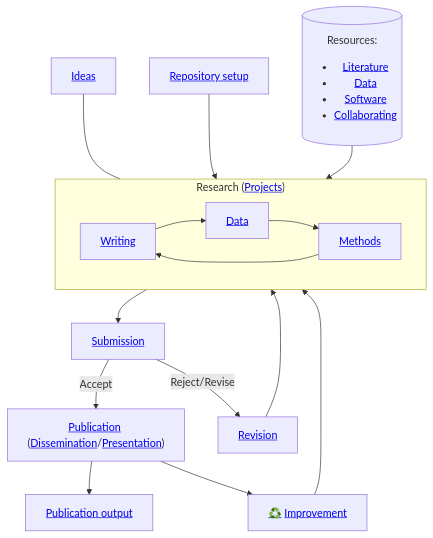
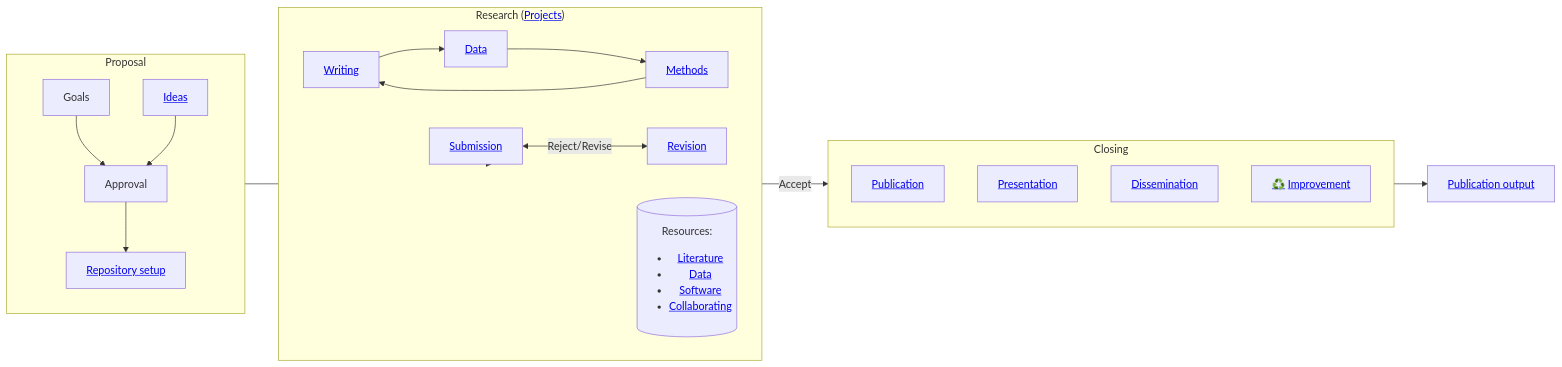
One commit to digital-work-lab/handbook changed the diagram in docs/20-research/index.md. Above: the diagram before and after it, drawn with Mermaid.

````diff
--- a/docs/20-research/index.md
+++ b/docs/20-research/index.md
@@ -14,20 +14,30 @@
 ```mermaid
-flowchart TB
-    Ideas["<a href='20_processes/20.09.ideas.html'>Ideas</a>"] --- Research
+flowchart LR
+
+    Research --> Submission["<a href='20_processes/20.30.pre-submission.html'>Submission</a>"]
+    subgraph Closing
+        direction TB
+        Publication["<a href='20_processes/20.33.publication.html'>Publication</a>"]
+        Presentation["<a href='20_processes/20.28.presentation.html'>Presentation</a>"]
+        Dissemination["<a href='20_processes/20.34.dissemination.html'>Dissemination</a>"]
+        Improvement["<a href='../10-lab/10_processes/10.01.goals.html'>♻️</a> <a href='20_processes/20.35.improvement.html'>Improvement</a>"]
+    end
+    Publication --> PublicationOutput["<a href='29-publications.html'>Publication output</a>"]
     subgraph Research["Research (<a href='25-projects.html'>Projects</a>)"]
+        direction LR
+        Resources[("Resources:<br><ul><li><a href='22-literature.html'>Literature</a></li><li><a href='23-data.html'>Data</a></li><li><a href='24-software.html'>Software</a></li><li><a href='20_processes/20.16.collaboration.html'>Collaborating</a></li></ul>")]
         Writing["<a href='20_processes/20.29.writing.html'>Writing</a>"] --> Data
         Methods["<a href='20_processes/20.18.methods.html'>Methods</a>"] --> Writing
         Data["<a href='20_processes/20.17.data.html'>Data</a>"] --> Methods
+        Submission <-->|Reject/Revise| Revise["<a href='20_processes/20.32.revision.html'>Revision</a>"]
     end
+    Submission -->|Accept| Closing
 
-    Setup["<a href='20_processes/20.15.repo-setup.html'>Repository setup</a>"] --> Research
-    Resources[("Resources:<br><ul><li><a href='22-literature.html'>Literature</a></li><li><a href='23-data.html'>Data</a></li><li><a href='24-software.html'>Software</a></li><li><a href='20_processes/20.16.collaboration.html'>Collaborating</a></li></ul>")] --> Research
-
-    Research --> Submission["<a href='20_processes/20.30.pre-submission.html'>Submission</a>"]
-    Submission -->|Accept| Publication["<a href='20_processes/20.33.publication.html'>Publication</a> <br>(<a href='20_processes/20.34.dissemination.html'>Dissemination</a>/<a href='20_processes/20.28.presentation.html'>Presentation</a>)"]
-    Submission -->|Reject/Revise| Revise["<a href='20_processes/20.32.revision.html'>Revision</a>"]
-    Revise --> Research
-    
-    Publication --> PublicationOutput["<a href='29-publications.html'>Publication output</a>"]
-    Publication --> Improvement["<a href='../10-lab/10_processes/10.01.goals.html'>♻️</a> <a href='20_processes/20.35.improvement.html'>Improvement</a>"] --> Research
+    subgraph Proposal
+        direction TB
+        Goals --> Approval
+        Ideas["<a href='20_processes/20.09.ideas.html'>Ideas</a>"] --> Approval
+        Approval --> Setup["<a href='20_processes/20.15.repo-setup.html'>Repository setup</a>"]
+    end
+    Setup --- Research
 ```
````
